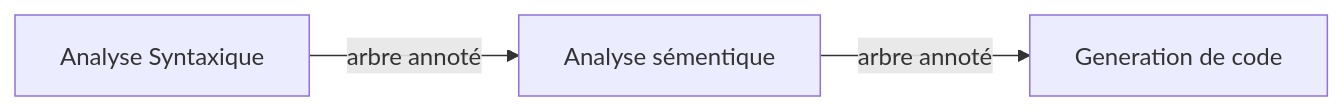
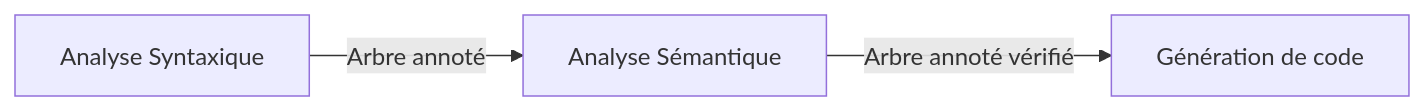
Before and after one commit to RonanFreezy/L3: the seventh of 8 diagrams in L3/S5/Compilation/Cm.md, drawn with Mermaid. The commit also changed other lines of this file, not shown here.

````diff
--- a/L3/S5/Compilation/Cm.md
+++ b/L3/S5/Compilation/Cm.md
@@ -611,6 +403,5 @@
 ```mermaid
 graph LR
-
-a["Analyse Syntaxique"] -->|arbre annoté| b["Analyse sémentique"]
-b -->|arbre annoté| c["Generation de code"]
+    a["Analyse Syntaxique"] -->|Arbre annoté| b["Analyse Sémantique"]
+    b -->|Arbre annoté vérifié| c["Génération de code"]
 ```
````
